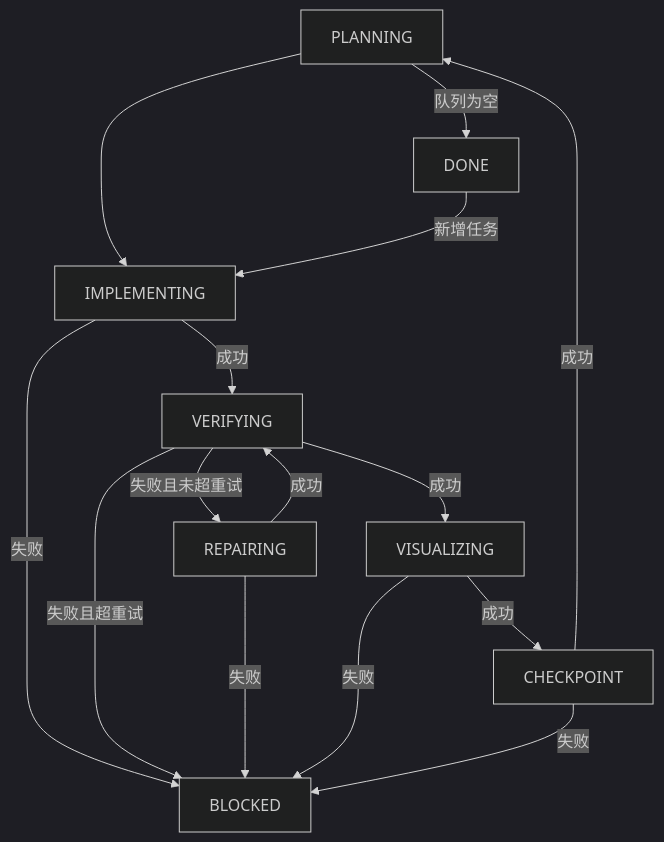
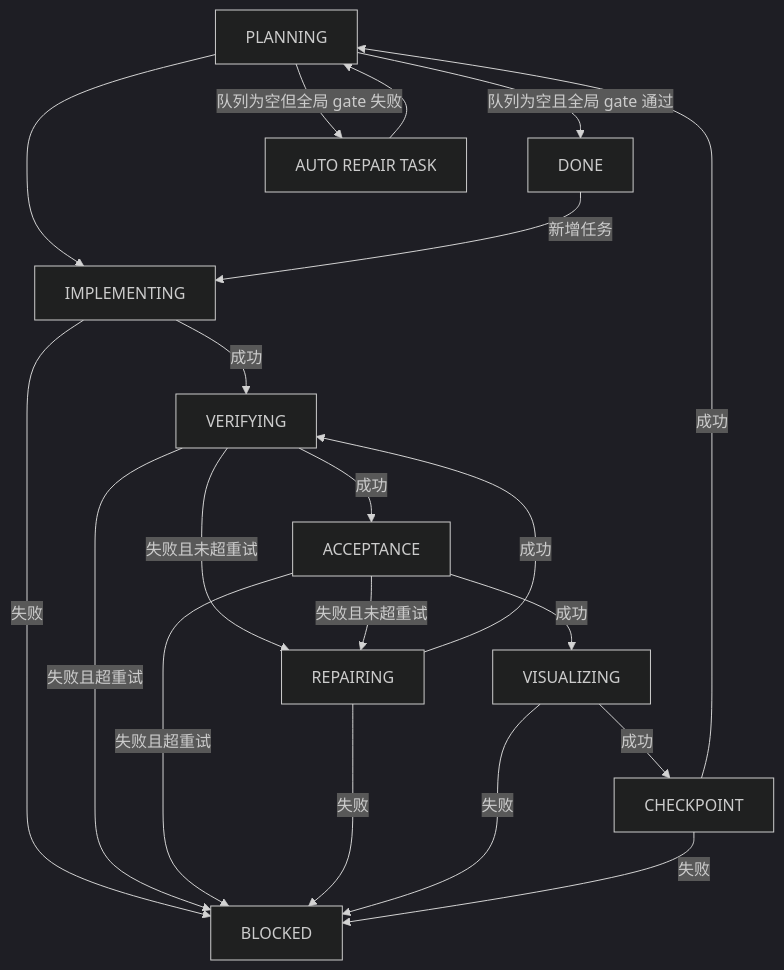
Before and after one commit to zkcpku/LongAgent: the diagram in README.zh-CN.md, drawn with Mermaid (dark theme). The commit also changed other lines of this file and 8 other files, not shown here.

````diff
--- a/README.zh-CN.md
+++ b/README.zh-CN.md
@@ -24,22 +25,28 @@
 ```mermaid
 flowchart TD
   A["PLANNING"] --> B["IMPLEMENTING"]
   B -->|成功| C["VERIFYING"]
   B -->|失败| X["BLOCKED"]
 
-  C -->|成功| D["VISUALIZING"]
+  C -->|成功| D["ACCEPTANCE"]
   C -->|失败且未超重试| E["REPAIRING"]
   C -->|失败且超重试| X
+
+  D -->|成功| F["VISUALIZING"]
+  D -->|失败且未超重试| E
+  D -->|失败且超重试| X
 
   E -->|成功| C
   E -->|失败| X
 
-  D -->|成功| F["CHECKPOINT"]
-  D -->|失败| X
-
-  F -->|成功| A
+  F -->|成功| G["CHECKPOINT"]
   F -->|失败| X
 
-  A -->|队列为空| G["DONE"]
-  G -->|新增任务| B
+  G -->|成功| A
+  G -->|失败| X
+
+  A -->|队列为空且全局 gate 通过| H["DONE"]
+  A -->|队列为空但全局 gate 失败| I["AUTO REPAIR TASK"]
+  I --> A
+  H -->|新增任务| B
 ```
````
